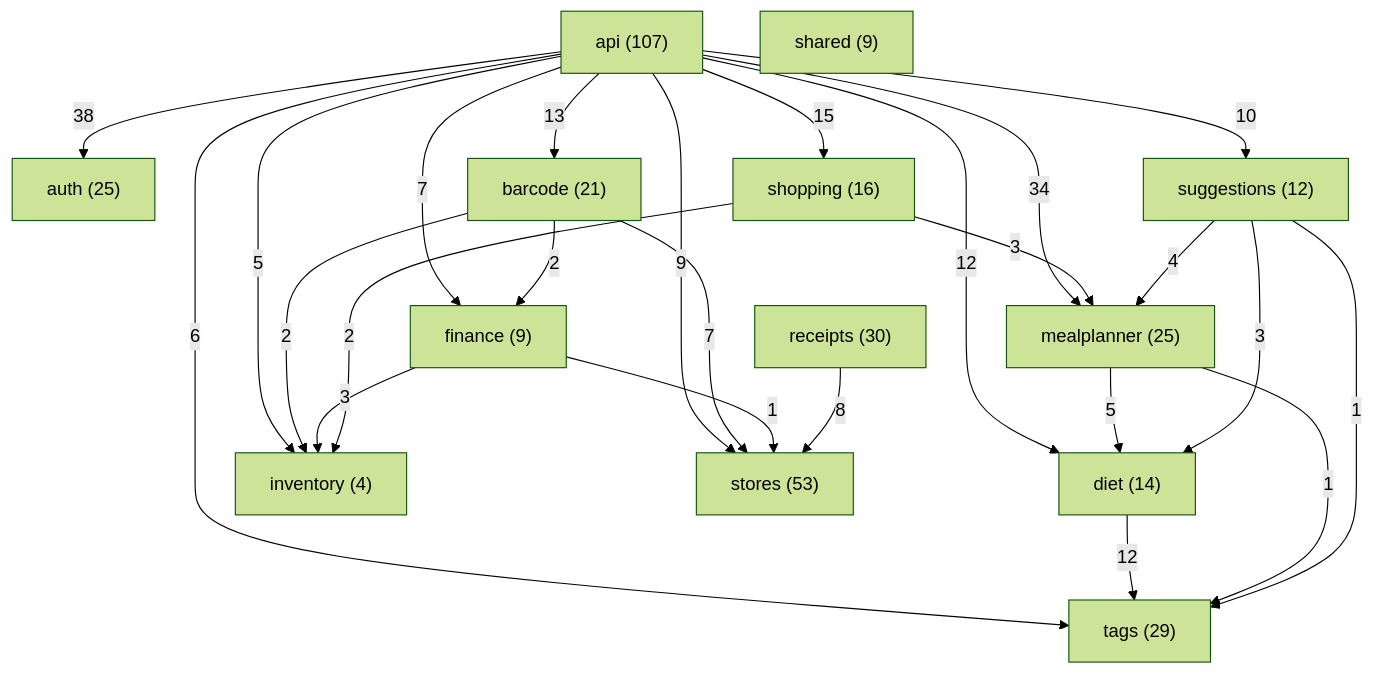
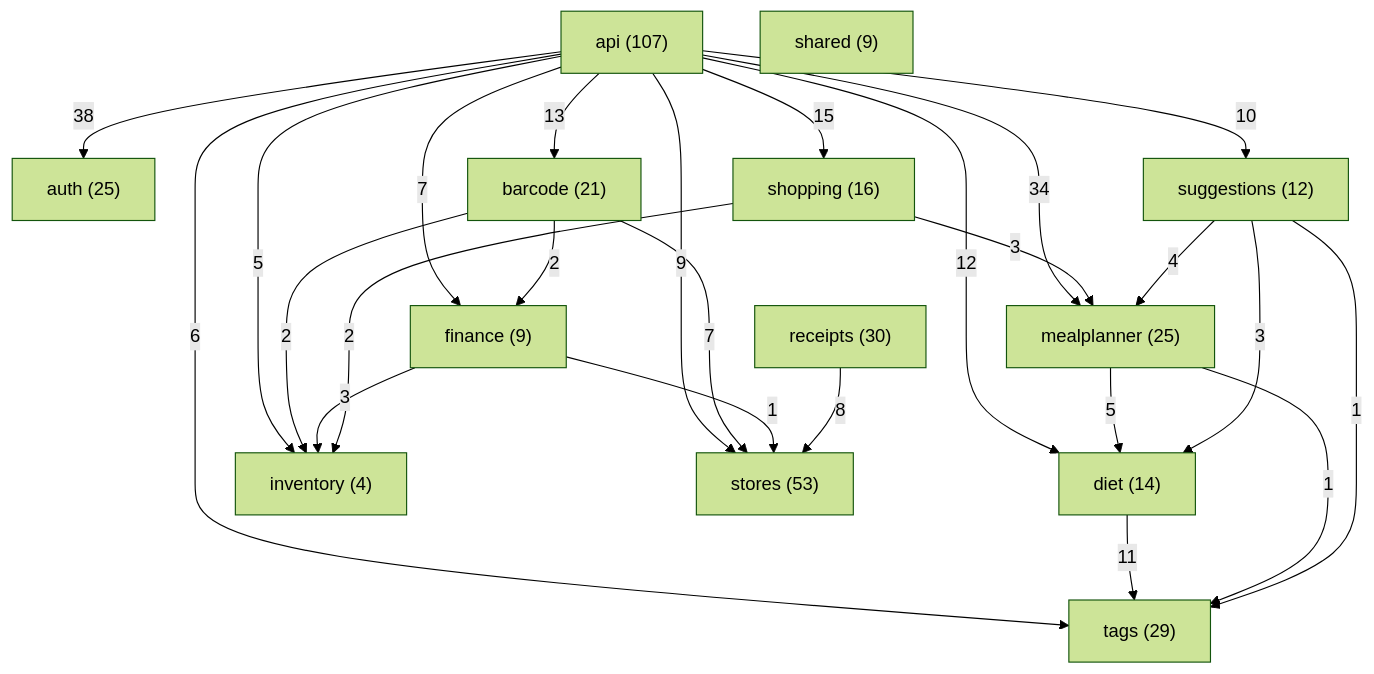
Before and after one commit to Nate-ryan-7690/dahaem: the diagram in docs/classes/README.md, drawn with Mermaid (forest theme). The commit also changed 2 other files, not shown here.

Commit message:
Regenerate generated docs (approved in CI)

````diff
--- a/docs/classes/README.md
+++ b/docs/classes/README.md
@@ -9,40 +9,40 @@
 ```mermaid
 flowchart TD
     api["api (107)"]
     auth["auth (25)"]
     barcode["barcode (21)"]
     diet["diet (14)"]
     finance["finance (9)"]
     inventory["inventory (4)"]
     mealplanner["mealplanner (25)"]
     receipts["receipts (30)"]
     shared["shared (9)"]
     shopping["shopping (16)"]
     stores["stores (53)"]
     suggestions["suggestions (12)"]
     tags["tags (29)"]
     api -->|38| auth
     api -->|13| barcode
     api -->|12| diet
     api -->|7| finance
     api -->|5| inventory
     api -->|34| mealplanner
     api -->|15| shopping
     api -->|9| stores
     api -->|10| suggestions
     api -->|6| tags
     barcode -->|2| finance
     barcode -->|2| inventory
     barcode -->|7| stores
-    diet -->|12| tags
+    diet -->|11| tags
     finance -->|3| inventory
     finance -->|1| stores
     mealplanner -->|5| diet
     mealplanner -->|1| tags
     receipts -->|8| stores
     shopping -->|2| inventory
     shopping -->|3| mealplanner
     suggestions -->|3| diet
     suggestions -->|4| mealplanner
     suggestions -->|1| tags
 ```
````
